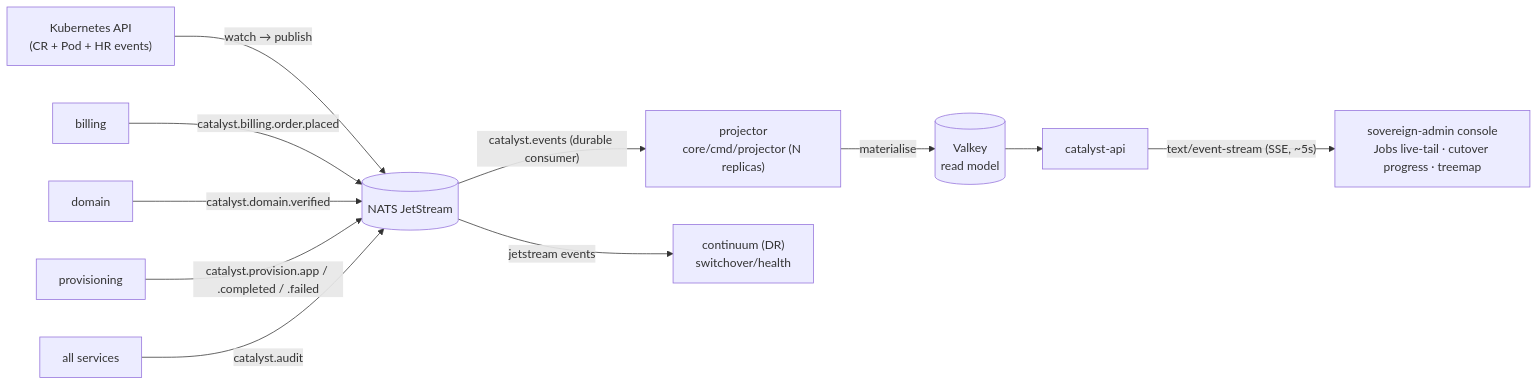
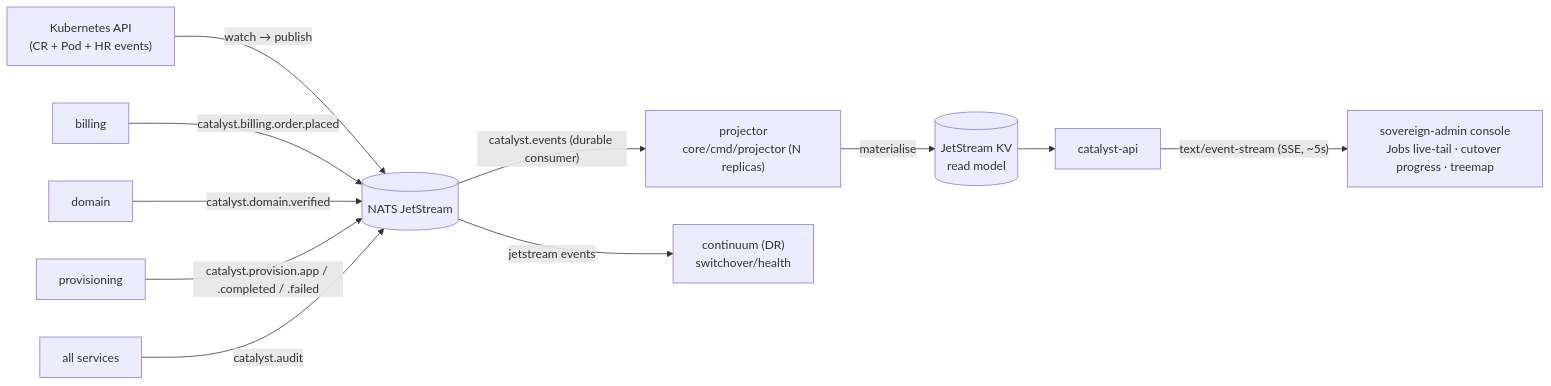
Before and after one commit to openova-io/openova: the eighth of 16 diagrams in docs/SYSTEM-DESIGN.md, drawn with Mermaid. The commit also changed other lines of this file and 101 other files, not shown here.

````diff
--- a/docs/SYSTEM-DESIGN.md
+++ b/docs/SYSTEM-DESIGN.md
@@ -266,13 +266,13 @@
 ```mermaid
 graph LR
   K8S["Kubernetes API<br/>(CR + Pod + HR events)"] -->|watch → publish| JS[("NATS JetStream")]
   BILL["billing"] -->|catalyst.billing.order.placed| JS
   DOM["domain"] -->|catalyst.domain.verified| JS
   PROVN["provisioning"] -->|catalyst.provision.app / .completed / .failed| JS
   AUD["all services"] -->|catalyst.audit| JS
   JS -->|"catalyst.events (durable consumer)"| PROJ["projector<br/>core/cmd/projector (N replicas)"]
-  PROJ -->|materialise| VALKEY[("Valkey<br/>read model")]
-  VALKEY --> API["catalyst-api"]
+  PROJ -->|materialise| JSKV[("JetStream KV<br/>read model")]
+  JSKV --> API["catalyst-api"]
   API -->|"text/event-stream (SSE, ~5s)"| UI["sovereign-admin console<br/>Jobs live-tail · cutover progress · treemap"]
   JS -->|jetstream events| CONT["continuum (DR)<br/>switchover/health"]
 ```
````
